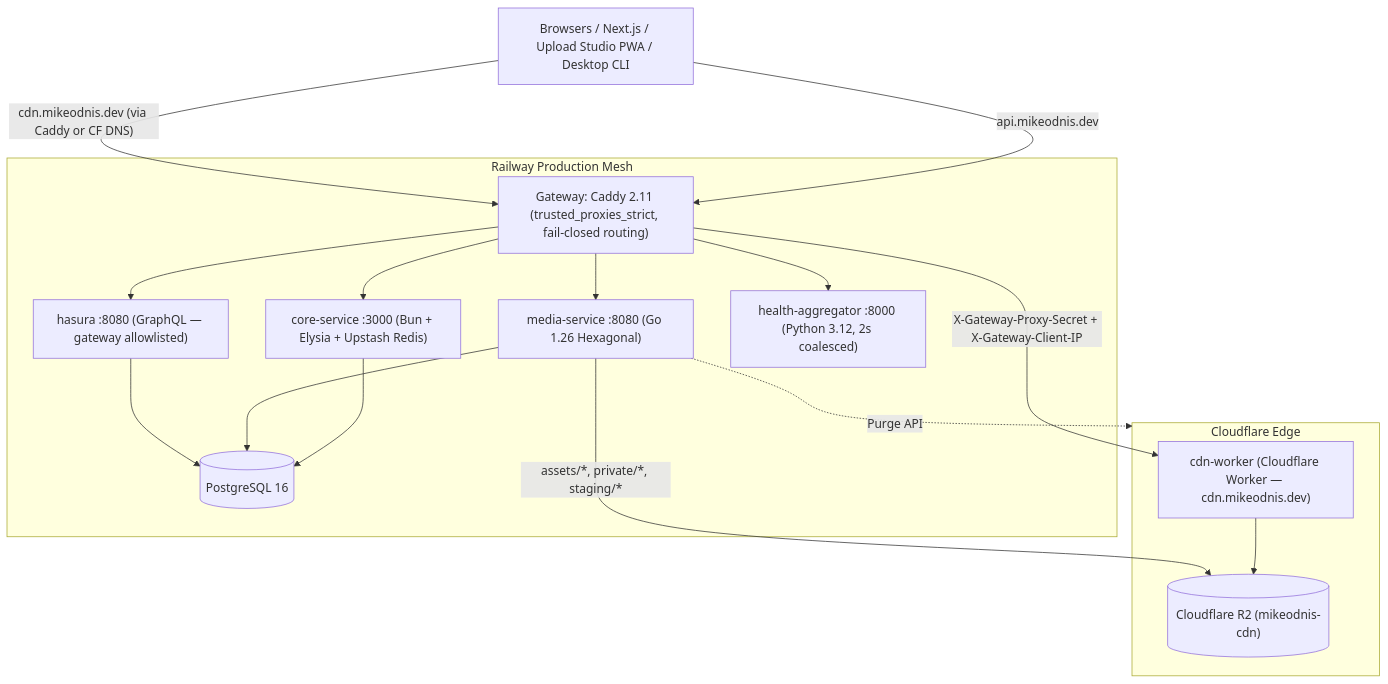
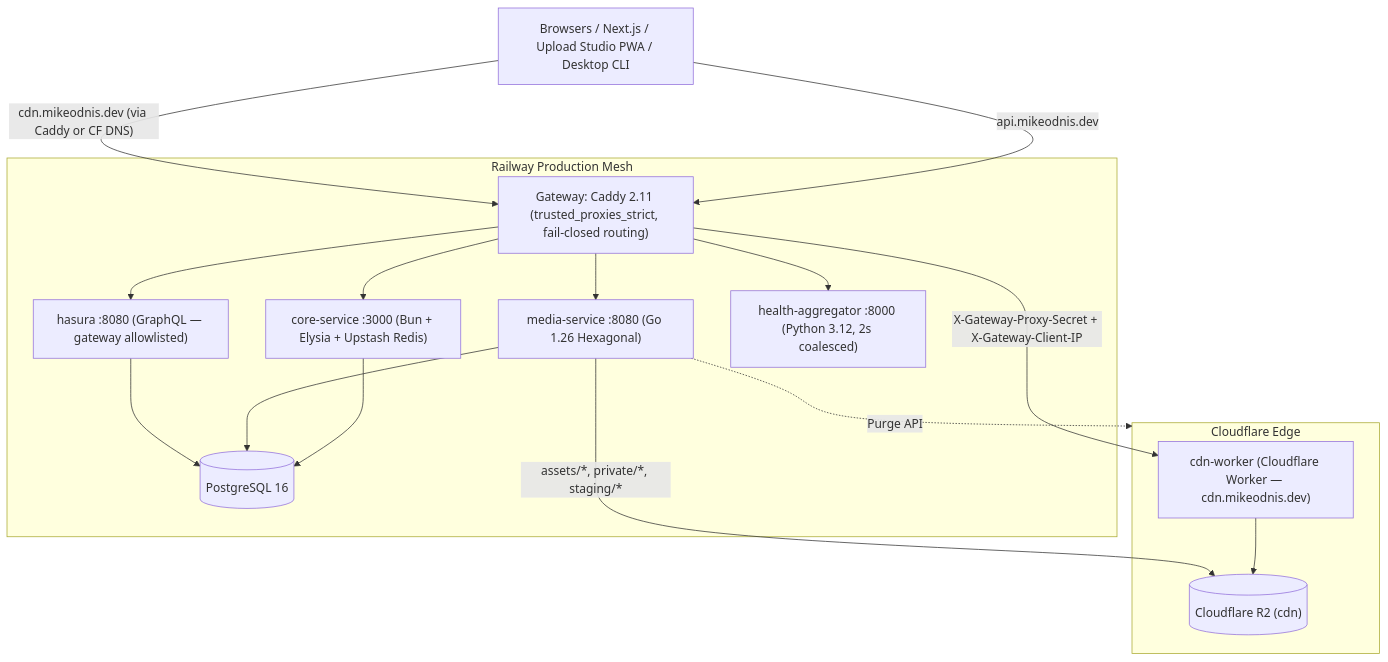
The first of 2 diagrams in docs/ARCHITECTURE.md (WomB0ComB0/api), drawn with Mermaid before and after one commit. The commit also changed 3 other files, not shown here.

````diff
--- a/docs/ARCHITECTURE.md
+++ b/docs/ARCHITECTURE.md
@@ -5,27 +5,27 @@
 ```mermaid
 flowchart TB
     Users["Browsers / Next.js / Upload Studio PWA / Desktop CLI"]
 
     subgraph Railway["Railway Production Mesh"]
         GW["Gateway: Caddy 2.11 (trusted_proxies_strict, fail-closed routing)"]
         Core["core-service :3000 (Bun + Elysia + Upstash Redis)"]
         Media["media-service :8080 (Go 1.26 Hexagonal)"]
         Hasura["hasura :8080 (GraphQL — gateway allowlisted)"]
         Health["health-aggregator :8000 (Python 3.12, 2s coalesced)"]
         PG[("PostgreSQL 16")]
     end
 
     subgraph Cloudflare["Cloudflare Edge"]
         CDN["cdn-worker (Cloudflare Worker — cdn.mikeodnis.dev)"]
-        R2[("Cloudflare R2 (mikeodnis-cdn)")]
+        R2[("Cloudflare R2 (cdn)")]
     end
 
     Users -->|"api.mikeodnis.dev"| GW
     Users -->|"cdn.mikeodnis.dev (via Caddy or CF DNS)"| GW
     GW -->|"X-Gateway-Proxy-Secret + X-Gateway-Client-IP"| CDN
     CDN --> R2
     GW --> Core & Media & Hasura & Health
     Core & Media & Hasura --> PG
     Media -->|"assets/*, private/*, staging/*"| R2
     Media -.->|"Purge API"| Cloudflare
 ```
````
